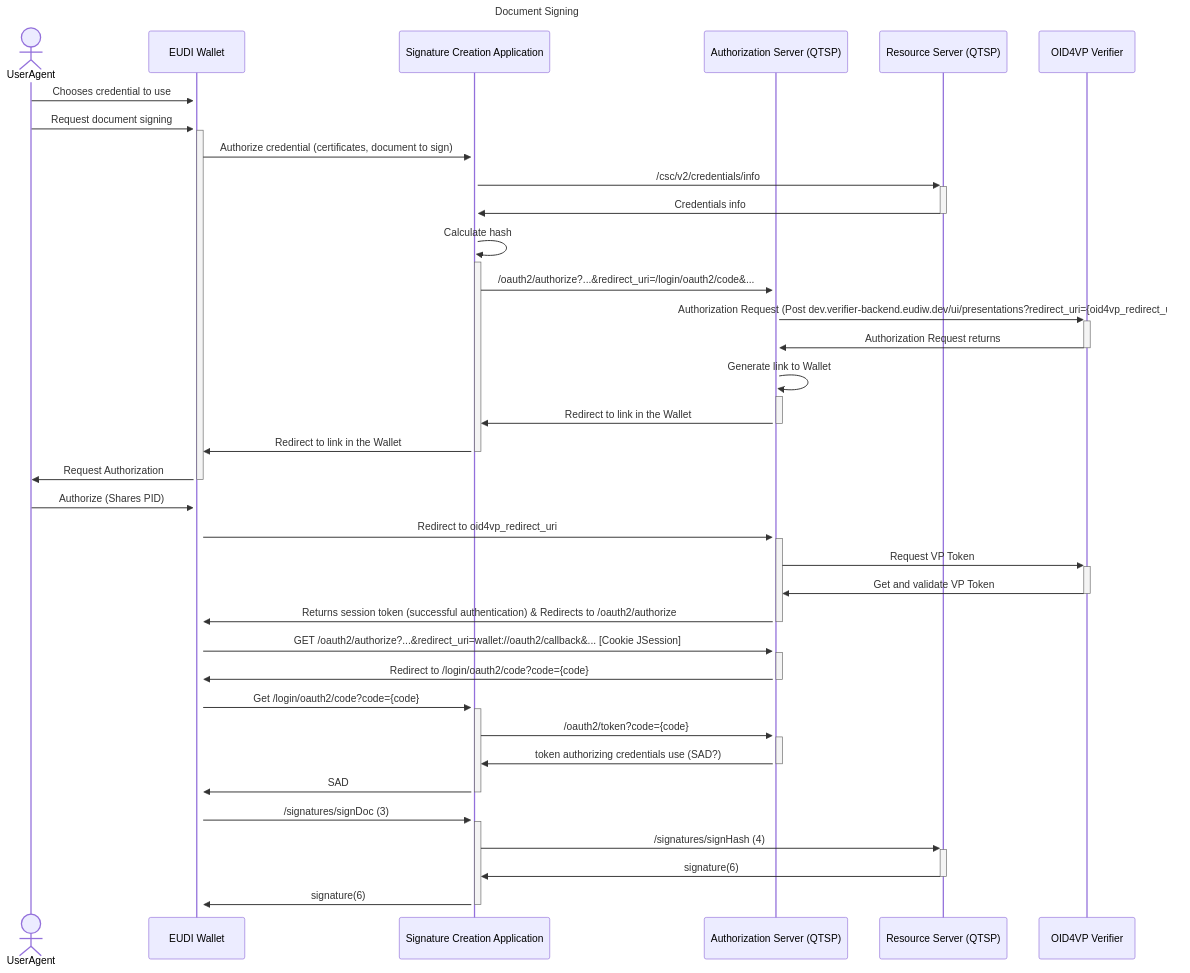
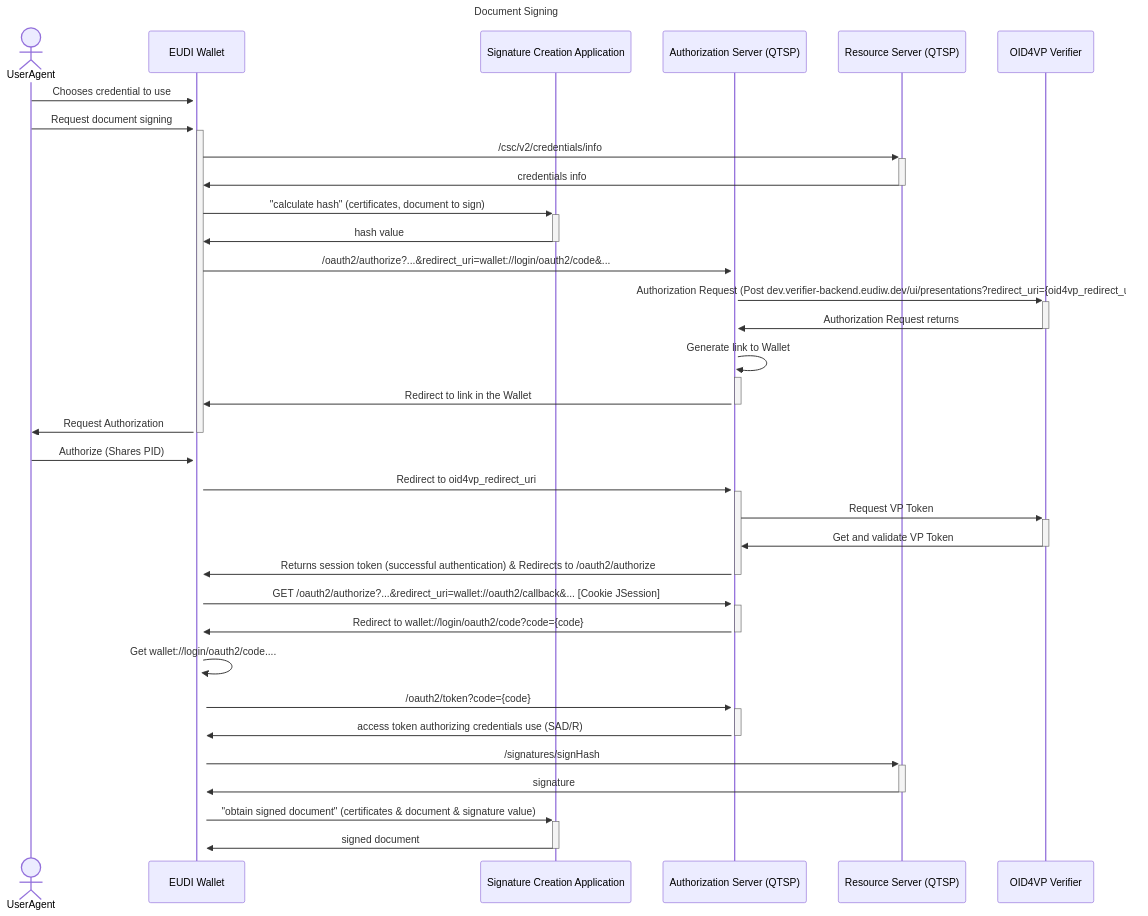
The third of 3 diagrams in README.md (niscy-eudiw/eudi-srv-web-walletdriven-signer-qtsp-java), drawn with Mermaid before and after one commit. The commit also changed other lines of this file and 91 other files, not shown here.

````diff
--- a/README.md
+++ b/README.md
@@ -44,42 +124,43 @@
 ```mermaid
 sequenceDiagram
     title Document Signing
 
     actor U as UserAgent
     participant EW as EUDI Wallet
     participant SCA as Signature Creation Application
     participant AS as Authorization Server (QTSP)
     participant RS as Resource Server (QTSP)
     participant OIDV as OID4VP Verifier
 
     U->>+EW: Chooses credential to use
     U->>+EW: Request document signing
-    EW->>+SCA: Authorize credential (certificates, document to sign)
-    SCA->>+RS: /csc/v2/credentials/info
-    RS->>-SCA: Credentials info
-    SCA->>+SCA: Calculate hash
-    SCA->>+AS: /oauth2/authorize?...&redirect_uri=/login/oauth2/code&...
+    EW->>+RS: /csc/v2/credentials/info
+    RS->>-EW: credentials info
+
+    EW->>+SCA: "calculate hash" (certificates, document to sign)
+    SCA->>-EW: hash value
+
+    EW->>+AS: /oauth2/authorize?...&redirect_uri=wallet://login/oauth2/code&...
     AS->>+OIDV: Authorization Request (Post dev.verifier-backend.eudiw.dev/ui/presentations?redirect_uri={oid4vp_redirect_uri})
     OIDV->>-AS: Authorization Request returns
     AS->>+AS: Generate link to Wallet
-    AS->>-SCA: Redirect to link in the Wallet
-    SCA->>-EW: Redirect to link in the Wallet
+    AS->>-EW: Redirect to link in the Wallet
     EW->>-U: Request Authorization
 
     U->>+EW: Authorize (Shares PID)
     EW->>+AS: Redirect to oid4vp_redirect_uri
     AS->>+OIDV: Request VP Token
     OIDV->>-AS: Get and validate VP Token
     AS->>-EW: Returns session token (successful authentication) & Redirects to /oauth2/authorize
     EW->>+AS: GET /oauth2/authorize?...&redirect_uri=wallet://oauth2/callback&... [Cookie JSession]
-    AS->>-EW: Redirect to /login/oauth2/code?code={code}
-    EW->>+SCA: Get /login/oauth2/code?code={code}
-    SCA->>+AS: /oauth2/token?code={code}
-    AS->>-SCA: token authorizing credentials use (SAD?)
-    SCA->>-EW: SAD
+    AS->>-EW: Redirect to wallet://login/oauth2/code?code={code}
+    EW->>+EW: Get wallet://login/oauth2/code....
+    EW->>+AS: /oauth2/token?code={code}
+    AS->>-EW: access token authorizing credentials use (SAD/R)
 
-    EW->>+SCA: /signatures/signDoc (3)
-    SCA->>+RS: /signatures/signHash (4)
-    RS->>-SCA: signature(6)
-    SCA->>-EW: signature(6)
+    EW->>+RS: /signatures/signHash
+    RS->>-EW: signature
+
+    EW->>+SCA: "obtain signed document" (certificates & document & signature value)
+    SCA->>-EW: signed document
 ```
````
